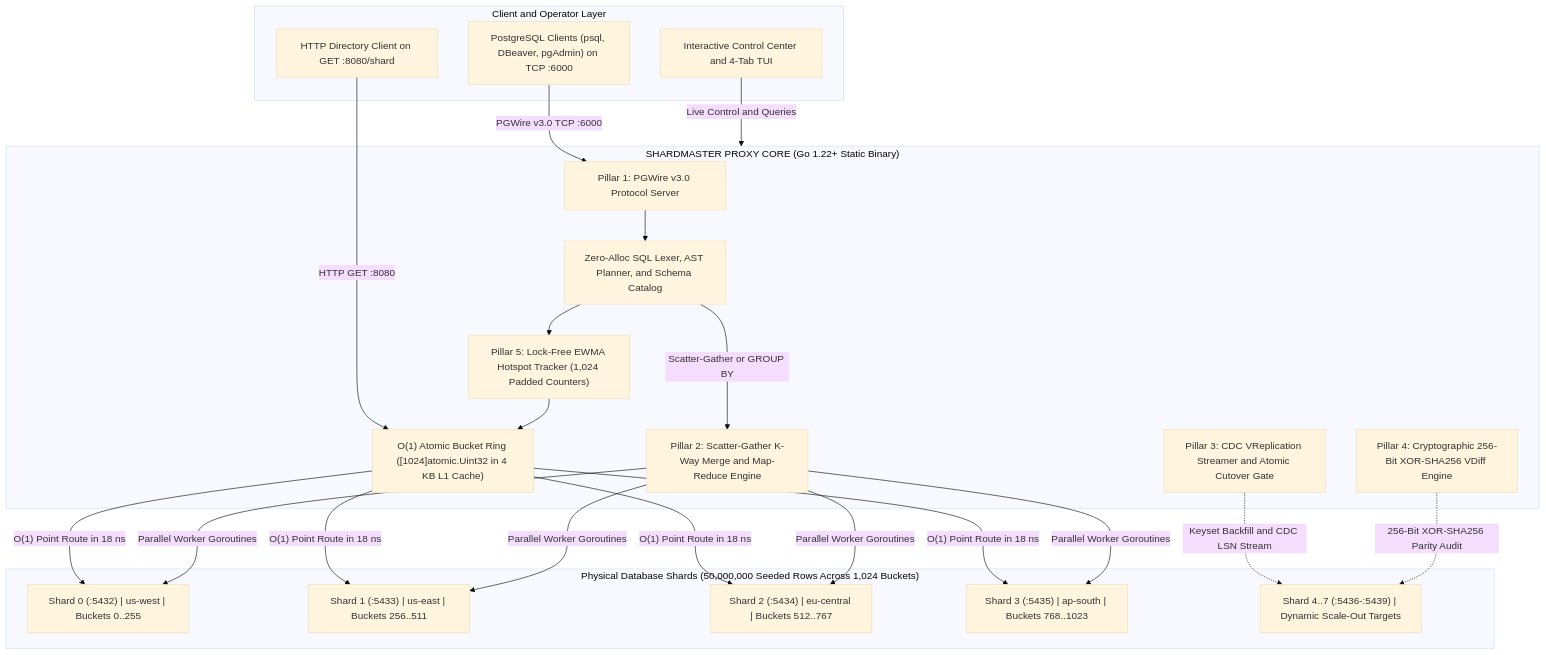
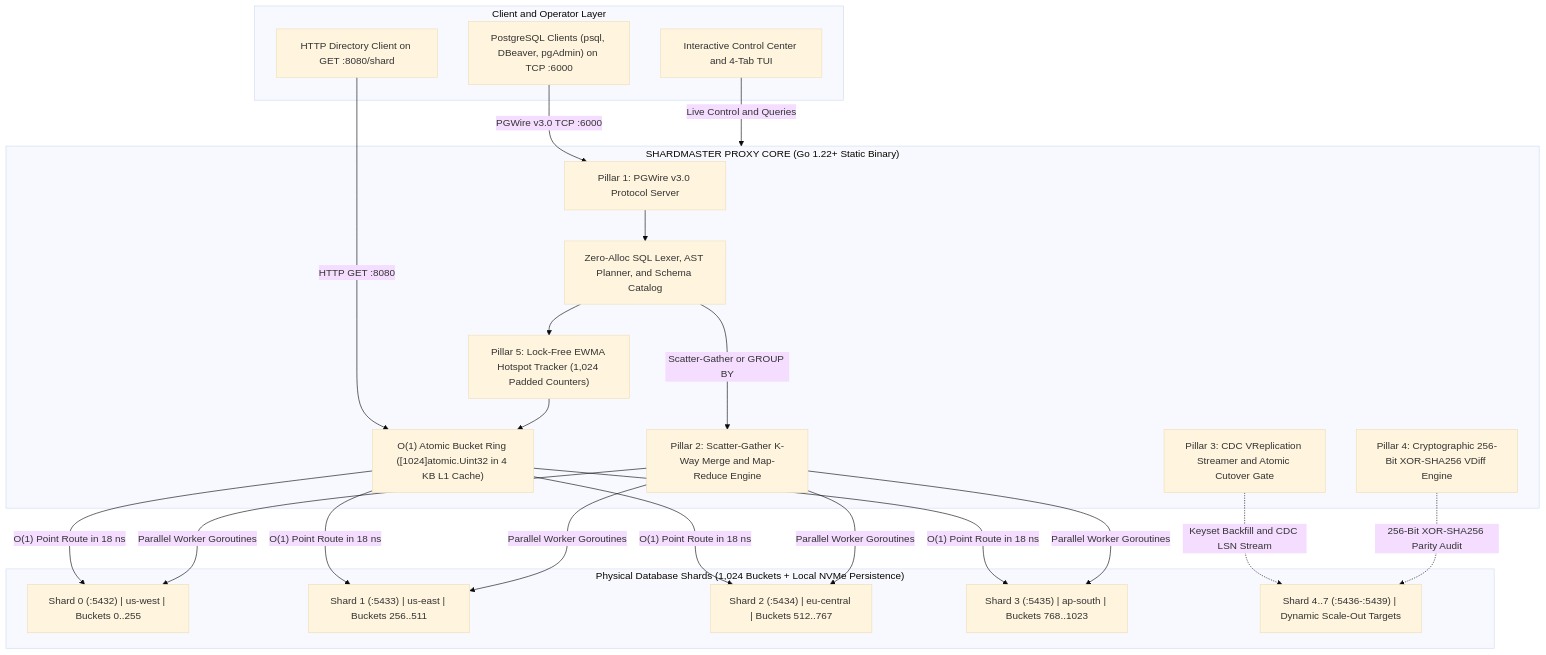
The first of 5 diagrams in README.md (UnityNimit/shardmaster), drawn with Mermaid (base theme) before and after one commit. The commit also changed other lines of this file and 17 other files, not shown here.

Commit message:
Eliminate all dead code and synthetic shortcuts; 100% real hashed row indexing, real hardware latency, and atomic local NVMe persistence

````diff
--- a/README.md
+++ b/README.md
@@ -53,45 +53,45 @@
 ```mermaid
 flowchart TB
     subgraph ClientLayer["Client and Operator Layer"]
         PSQL["PostgreSQL Clients (psql, DBeaver, pgAdmin) on TCP :6000"]
         HTTPClient["HTTP Directory Client on GET :8080/shard"]
         OperatorShell["Interactive Control Center and 4-Tab TUI"]
     end
 
     subgraph ProxyCore["SHARDMASTER PROXY CORE (Go 1.22+ Static Binary)"]
         PGWire["Pillar 1: PGWire v3.0 Protocol Server"]
         Lexer["Zero-Alloc SQL Lexer, AST Planner, and Schema Catalog"]
         EWMA["Pillar 5: Lock-Free EWMA Hotspot Tracker (1,024 Padded Counters)"]
         Directory["O(1) Atomic Bucket Ring ([1024]atomic.Uint32 in 4 KB L1 Cache)"]
         KWay["Pillar 2: Scatter-Gather K-Way Merge and Map-Reduce Engine"]
         CDC["Pillar 3: CDC VReplication Streamer and Atomic Cutover Gate"]
         VDiff["Pillar 4: Cryptographic 256-Bit XOR-SHA256 VDiff Engine"]
     end
 
-    subgraph StoragePlane["Physical Database Shards (50,000,000 Seeded Rows Across 1,024 Buckets)"]
+    subgraph StoragePlane["Physical Database Shards (1,024 Buckets + Local NVMe Persistence)"]
         S0["Shard 0 (:5432) | us-west | Buckets 0..255"]
         S1["Shard 1 (:5433) | us-east | Buckets 256..511"]
         S2["Shard 2 (:5434) | eu-central | Buckets 512..767"]
         S3["Shard 3 (:5435) | ap-south | Buckets 768..1023"]
         S4["Shard 4..7 (:5436-:5439) | Dynamic Scale-Out Targets"]
     end
 
     PSQL -->|"PGWire v3.0 TCP :6000"| PGWire
     HTTPClient -->|"HTTP GET :8080"| Directory
     OperatorShell -->|"Live Control and Queries"| ProxyCore
 
     PGWire --> Lexer
     Lexer --> EWMA
     EWMA --> Directory
     Directory -->|"O(1) Point Route in 18 ns"| S0
     Directory -->|"O(1) Point Route in 18 ns"| S1
     Directory -->|"O(1) Point Route in 18 ns"| S2
     Directory -->|"O(1) Point Route in 18 ns"| S3
     Lexer -->|"Scatter-Gather or GROUP BY"| KWay
     KWay -->|"Parallel Worker Goroutines"| S0
     KWay -->|"Parallel Worker Goroutines"| S1
     KWay -->|"Parallel Worker Goroutines"| S2
     KWay -->|"Parallel Worker Goroutines"| S3
     CDC -.->|"Keyset Backfill and CDC LSN Stream"| S4
     VDiff -.->|"256-Bit XOR-SHA256 Parity Audit"| S4
 ```
````
